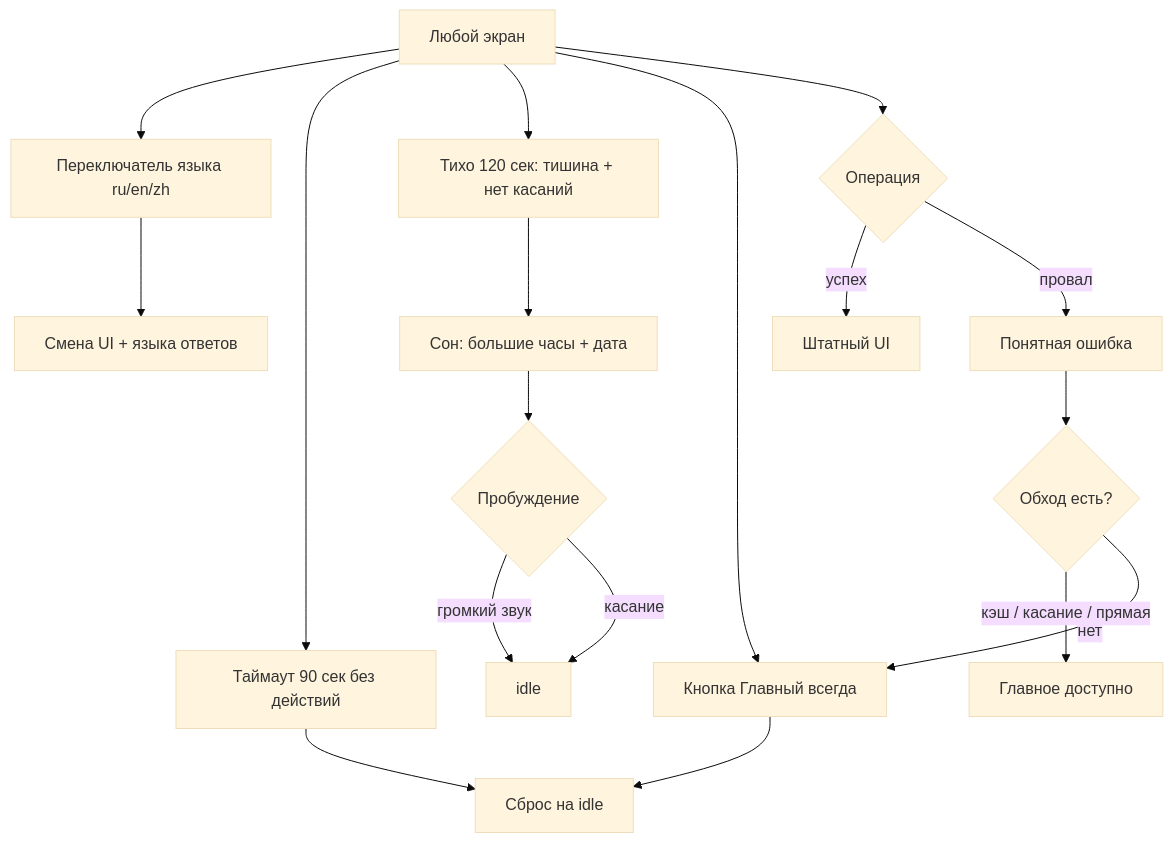
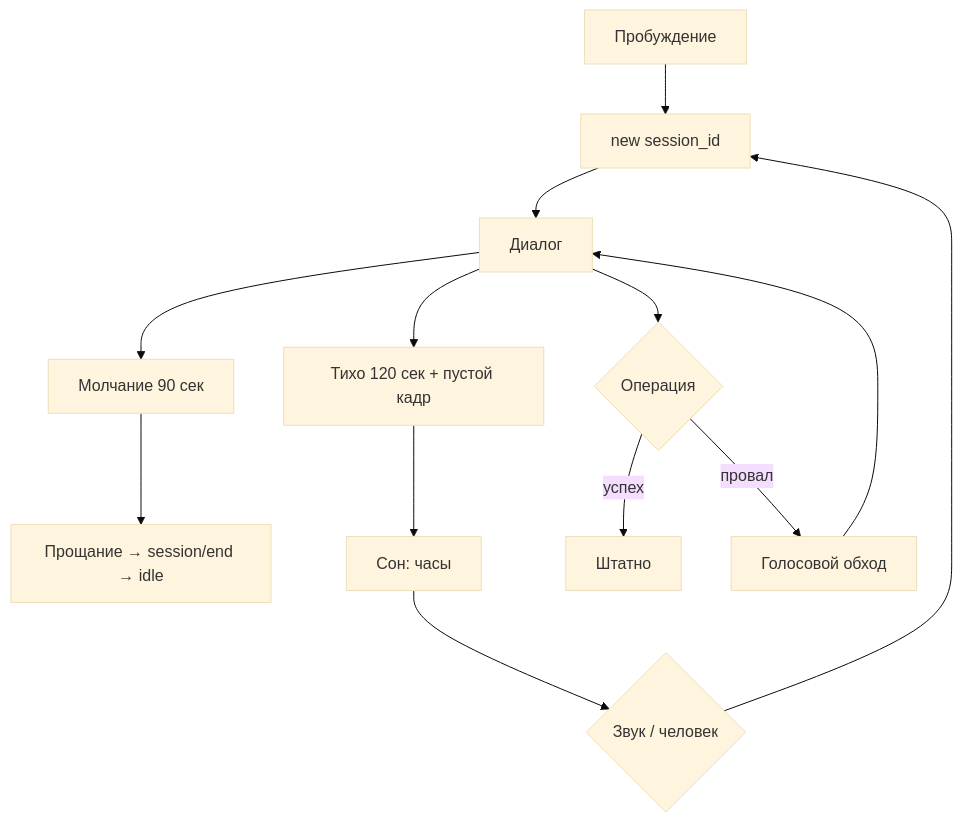
Before and after one commit to Dyman17/Arch: the diagram in docs/flows/06-session.md, drawn with Mermaid (base theme). The commit also changed other lines of this file and 10 other files, not shown here.

Commit message:
docs: voice-only concept, main flow with steps thresholds, precise backend contract

````diff
--- a/docs/flows/06-session.md
+++ b/docs/flows/06-session.md
@@ -9,20 +20,15 @@
 ```mermaid
 flowchart TD
-    A[Любой экран] --> B[Переключатель языка ru/en/zh]
-    B --> C[Смена UI + языка ответов]
-    A --> D[Таймаут 90 сек без действий]
-    D --> E[Сброс на idle]
-    A --> F[Тихо 120 сек: тишина + нет касаний]
-    F --> G[Сон: большие часы + дата]
-    G --> H{Пробуждение}
-    H -- громкий звук --> I[idle]
-    H -- касание --> I
-    A --> J[Кнопка Главный всегда]
-    J --> E
-    A --> K{Операция}
-    K -- успех --> L[Штатный UI]
-    K -- провал --> M[Понятная ошибка]
-    M --> N{Обход есть?}
-    N -- кэш / касание / прямая --> O[Главное доступно]
-    N -- нет --> J
+    A[Пробуждение] --> B[new session_id]
+    B --> C[Диалог]
+    C --> D[Молчание 90 сек]
+    D --> E[Прощание → session/end → idle]
+    C --> F[Тихо 120 сек + пустой кадр]
+    F --> G[Сон: часы]
+    G --> H{Звук / человек}
+    H --> B
+    C --> I{Операция}
+    I -- успех --> J[Штатно]
+    I -- провал --> K[Голосовой обход]
+    K --> C
 ```
````
